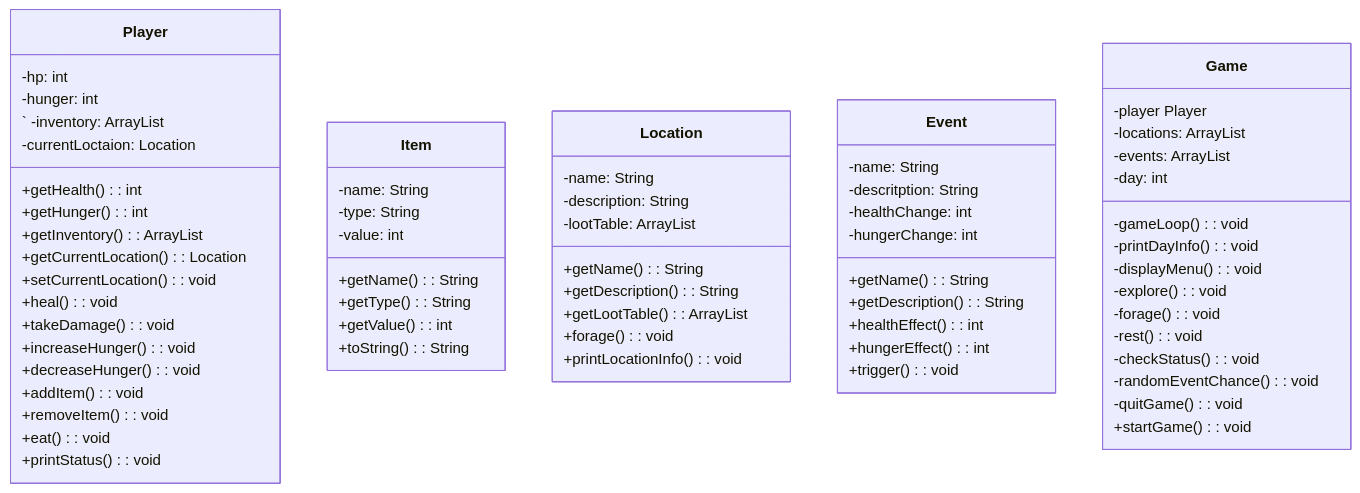
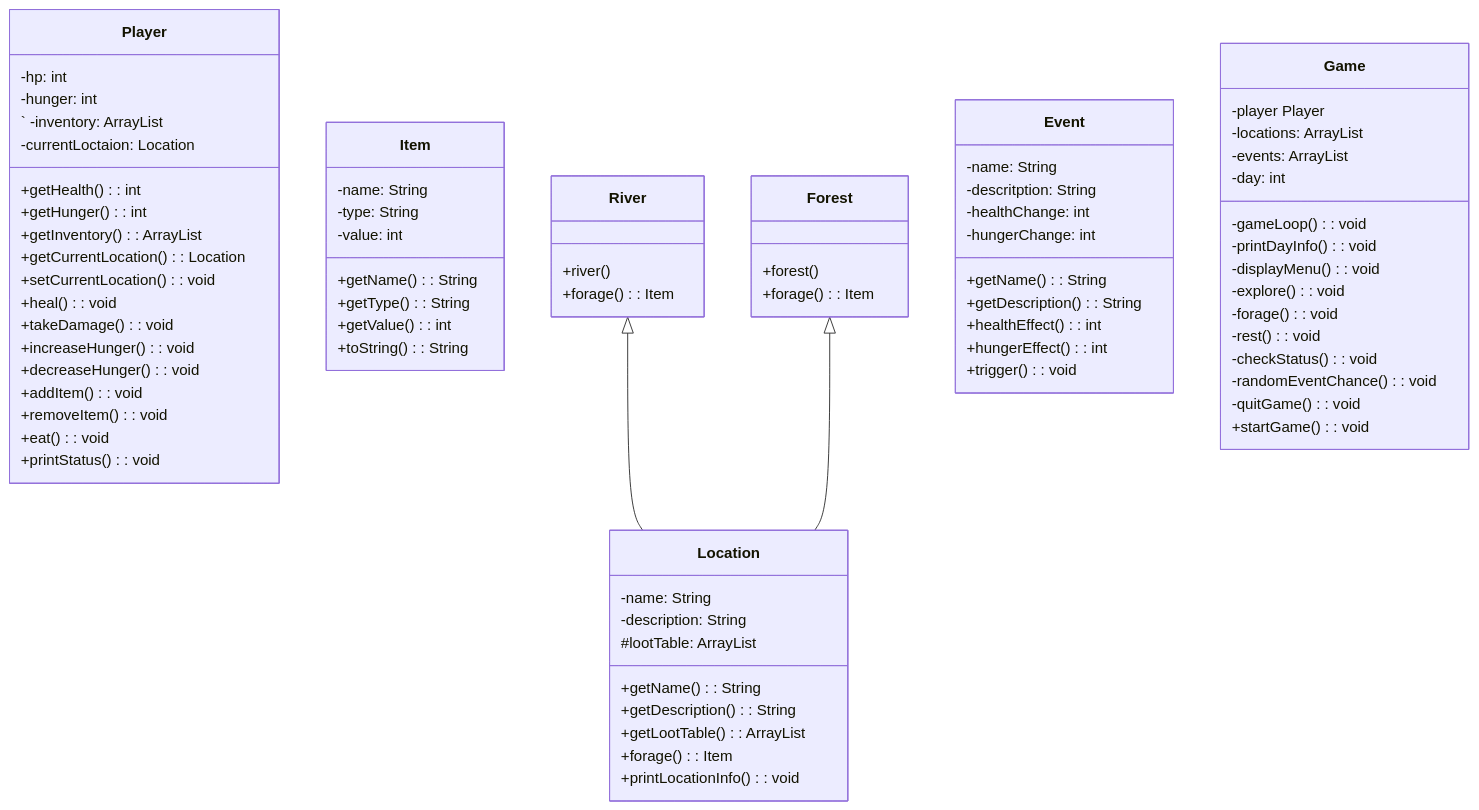
One commit to nicholascoooper/Final-Project-CS121 changed the diagram in README.md. Above: the diagram before and after it, drawn with Mermaid. The commit also changed other lines of this file, not shown here.

````diff
--- a/README.md
+++ b/README.md
@@ -65,12 +65,22 @@
     class Location{
         -name: String
         -description: String
-        -lootTable: ArrayList<Item>
+        #lootTable: ArrayList<Item>
         +getName(): String
         +getDescription(): String
         +getLootTable(): ArrayList<Item>
-        +forage(): void
+        +forage(): Item
         +printLocationInfo(): void
+    }
+
+    class River{
+        +river()
+        +forage(): Item
+    }
+
+    class Forest{
+        +forest()
+        +forage(): Item
     }
 
     class Event{
@@ -102,4 +112,7 @@
         +startGame(): void
     }
 
-```
+River<|--Location
+Forest<|--Location
+
+```    
````
